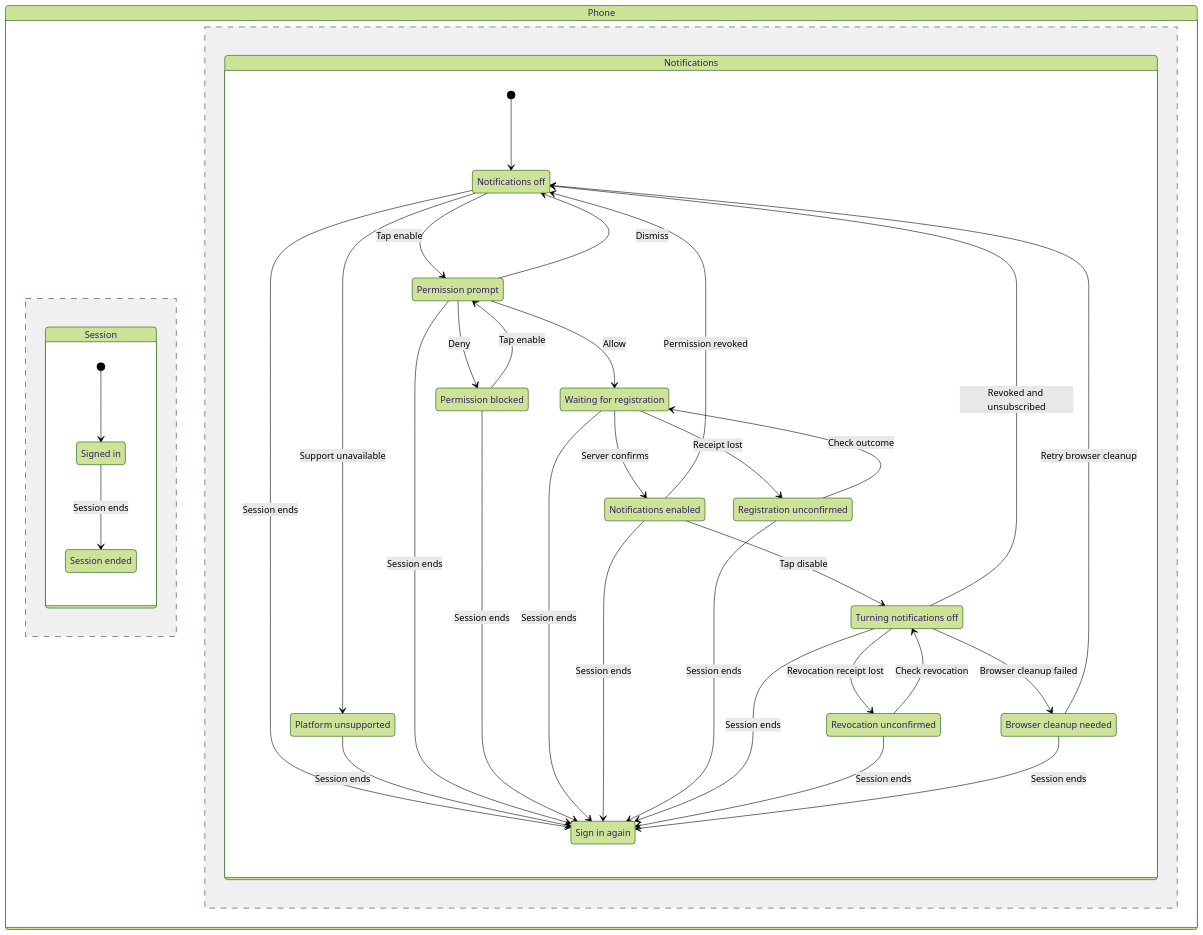
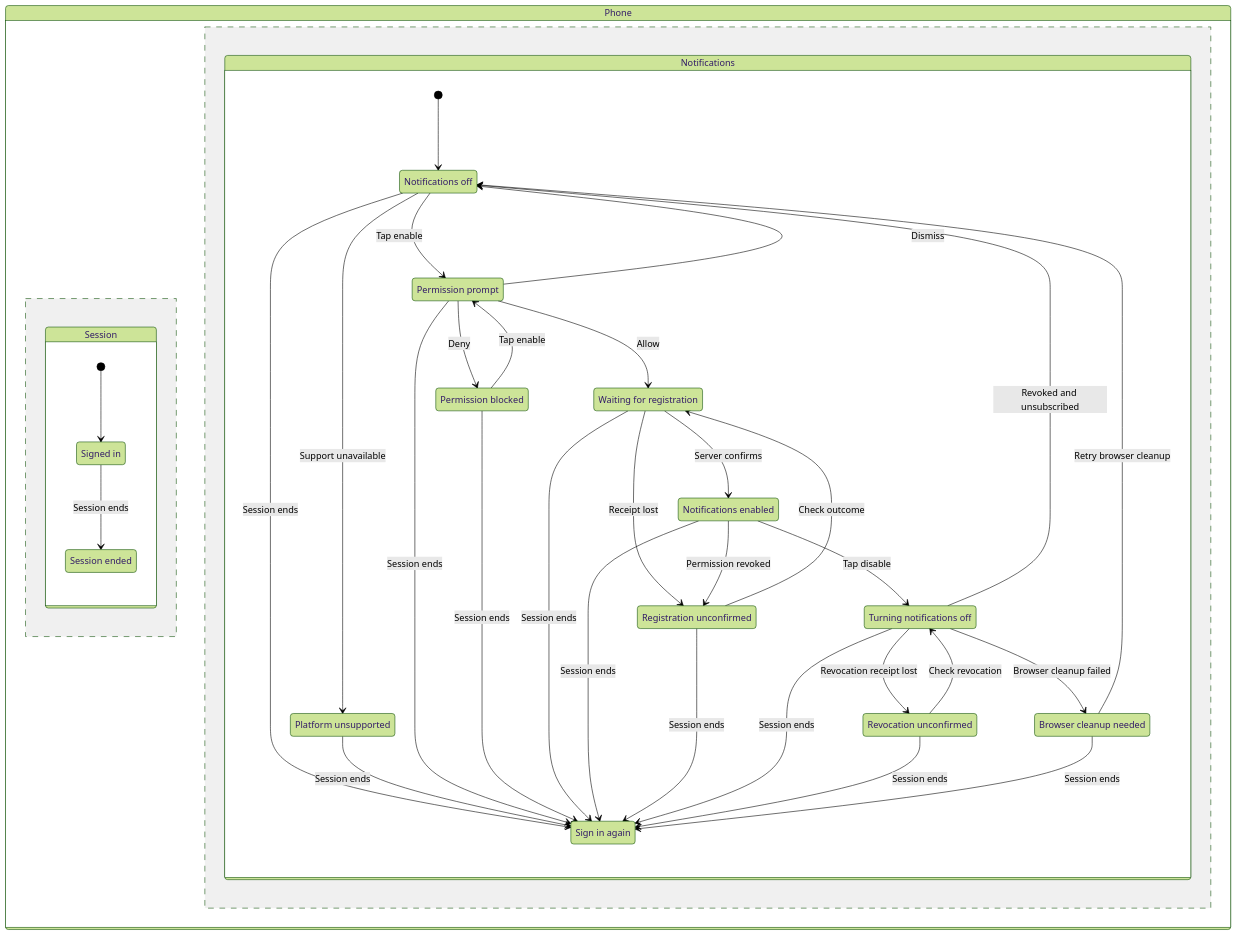
Before and after one commit to jbookout/doctorcre-app: the diagram in docs/statecharts/phone-push.mmd, drawn with Mermaid (forest theme). The commit also changed 1 other file, not shown here.

```diff
--- a/docs/statecharts/phone-push.mmd
+++ b/docs/statecharts/phone-push.mmd
@@ -1,53 +1,53 @@
 stateDiagram-v2
     state Phone {
       state Session {
         state "Signed in" as SignedIn
         state "Session ended" as SignedOut
         [*] --> SignedIn
         SignedIn --> SignedOut: Session ends
       }
       --
       state Notifications {
         state "Notifications off" as Off
         state "Platform unsupported" as Unsupported
         state "Permission prompt" as Prompting
         state "Permission blocked" as Denied
         state "Waiting for registration" as Registering
         state "Notifications enabled" as Enabled
         state "Registration unconfirmed" as Unconfirmed
         state "Turning notifications off" as Revoking
         state "Revocation unconfirmed" as RevokeUnknown
         state "Browser cleanup needed" as Cleanup
         state "Sign in again" as Retired
         [*] --> Off
         Off --> Unsupported: Support unavailable
         Off --> Prompting: Tap enable
         Prompting --> Registering: Allow
         Prompting --> Denied: Deny
         Prompting --> Off: Dismiss
         Denied --> Prompting: Tap enable
         Registering --> Enabled: Server confirms
         Registering --> Unconfirmed: Receipt lost
         Unconfirmed --> Registering: Check outcome
         Enabled --> Revoking: Tap disable
         Revoking --> RevokeUnknown: Revocation receipt lost
         RevokeUnknown --> Revoking: Check revocation
         Revoking --> Off: Revoked and unsubscribed
         Revoking --> Cleanup: Browser cleanup failed
         Cleanup --> Off: Retry browser cleanup
-        Enabled --> Off: Permission revoked
+        Enabled --> Unconfirmed: Permission revoked
         Off --> Retired: Session ends
         Unsupported --> Retired: Session ends
         Prompting --> Retired: Session ends
         Denied --> Retired: Session ends
         Registering --> Retired: Session ends
         Enabled --> Retired: Session ends
         Unconfirmed --> Retired: Session ends
         Revoking --> Retired: Session ends
         RevokeUnknown --> Retired: Session ends
         Cleanup --> Retired: Session ends
       }
     }
     %% never SignedOutEnabled: Session ended & Notifications enabled -- A closed session never shows enabled
     %% never SignedOutRegistering: Session ended & Waiting for registration -- A closed session cannot register
     %% never SignedOutRevoking: Session ended & Turning notifications off -- A closed session cannot start a write
```
